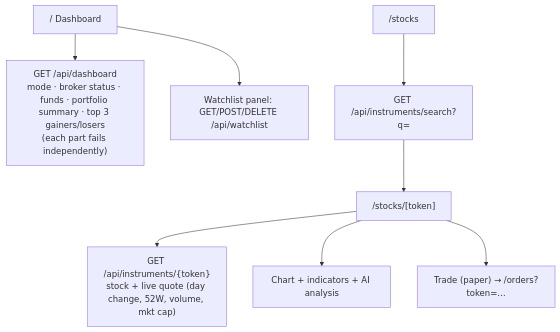
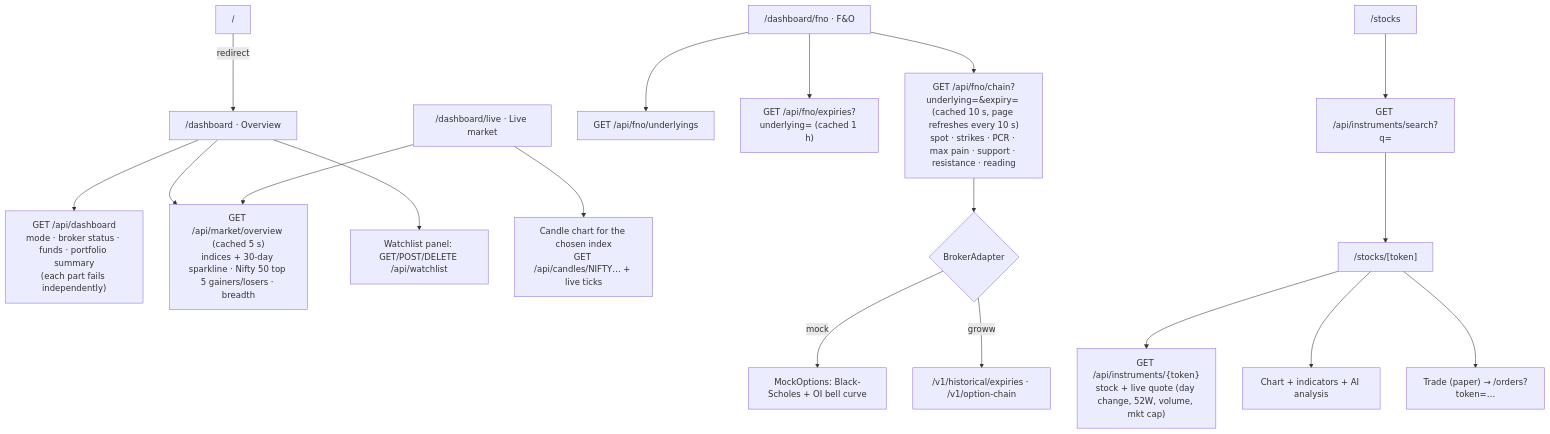
Diagram 12 of 16 in docs/PROJECT_FLOW.md (letscodeshivansh/EaseTrading), drawn with Mermaid before and after one commit. The commit also changed other lines of this file and 36 other files, not shown here.

````diff
--- a/docs/PROJECT_FLOW.md
+++ b/docs/PROJECT_FLOW.md
@@ -487,10 +491,20 @@
 ```mermaid
 flowchart TD
-    D["/ Dashboard"] --> DA["GET /api/dashboard<br/>mode · broker status · funds · portfolio summary · top 3 gainers/losers<br/>(each part fails independently)"]
+    R["/"] -->|redirect| D["/dashboard · Overview"]
+    D --> DA["GET /api/dashboard<br/>mode · broker status · funds · portfolio summary<br/>(each part fails independently)"]
+    D --> MO["GET /api/market/overview (cached 5 s)<br/>indices + 30-day sparkline · Nifty 50 top 5 gainers/losers · breadth"]
     D --> WL["Watchlist panel: GET/POST/DELETE /api/watchlist"]
+    L["/dashboard/live · Live market"] --> MO
+    L --> CC["Candle chart for the chosen index<br/>GET /api/candles/NIFTY… + live ticks"]
+    F["/dashboard/fno · F&O"] --> FU["GET /api/fno/underlyings"]
+    F --> FE["GET /api/fno/expiries?underlying= (cached 1 h)"]
+    F --> FC["GET /api/fno/chain?underlying=&expiry= (cached 10 s, page refreshes every 10 s)<br/>spot · strikes · PCR · max pain · support · resistance · reading"]
+    FC --> B{"BrokerAdapter"}
+    B -->|mock| MK["MockOptions: Black-Scholes + OI bell curve"]
+    B -->|groww| GW["/v1/historical/expiries · /v1/option-chain"]
     ST["/stocks"] --> SE["GET /api/instruments/search?q="]
     SE --> SP["/stocks/[token]"]
     SP --> Q["GET /api/instruments/{token}<br/>stock + live quote (day change, 52W, volume, mkt cap)"]
     SP --> CH["Chart + indicators + AI analysis"]
     SP --> TR["Trade (paper) → /orders?token=…"]
 ```
````
